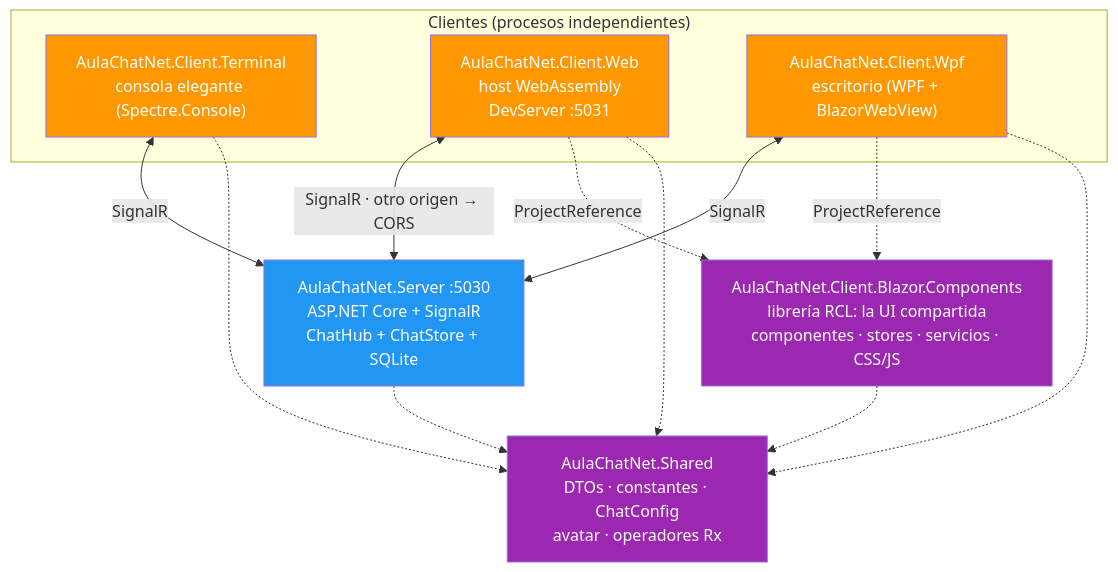
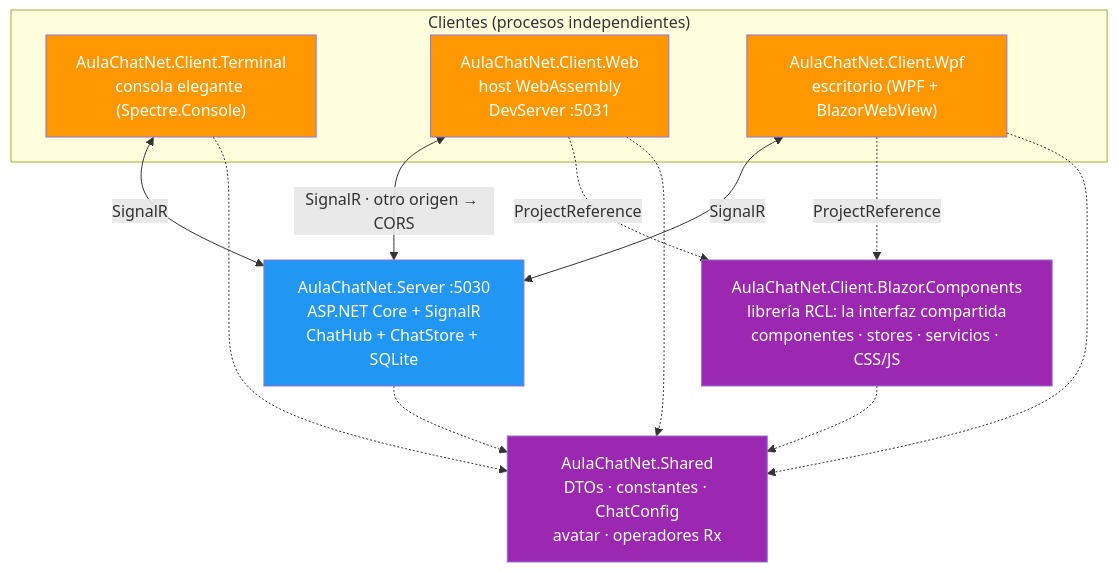
Before and after one commit to joseluisgs/AulaChatNet: the first of 10 diagrams in docs/01-arquitectura-del-servidor.md, drawn with Mermaid. The commit also changed other lines of this file and 11 other files, not shown here.

````diff
--- a/docs/01-arquitectura-del-servidor.md
+++ b/docs/01-arquitectura-del-servidor.md
@@ -69,32 +69,32 @@
 ```mermaid
 flowchart TD
     subgraph Clientes["Clientes (procesos independientes)"]
         T["AulaChatNet.Client.Terminal<br/>consola elegante (Spectre.Console)"]
         B["AulaChatNet.Client.Web<br/>host WebAssembly<br/>DevServer :5031"]
         W["AulaChatNet.Client.Wpf<br/>escritorio (WPF + BlazorWebView)"]
     end
 
-    C["AulaChatNet.Client.Blazor.Components<br/>librería RCL: la UI compartida<br/>componentes · stores · servicios · CSS/JS"]
+    C["AulaChatNet.Client.Blazor.Components<br/>librería RCL: la interfaz compartida<br/>componentes · stores · servicios · CSS/JS"]
 
     S["AulaChatNet.Server :5030<br/>ASP.NET Core + SignalR<br/>ChatHub + ChatStore + SQLite"]
 
     SH["AulaChatNet.Shared<br/>DTOs · constantes · ChatConfig<br/>avatar · operadores Rx"]
 
     T <-->|"SignalR"| S
     B <-->|"SignalR · otro origen → CORS"| S
     W <-->|"SignalR"| S
     B -.->|"ProjectReference"| C
     W -.->|"ProjectReference"| C
     T -.-> SH
     B -.-> SH
     W -.-> SH
     C -.-> SH
     S -.-> SH
 
     style T fill:#FF9800,color:#fff
     style B fill:#FF9800,color:#fff
     style W fill:#FF9800,color:#fff
     style C fill:#9C27B0,color:#fff
     style S fill:#2196F3,color:#fff
     style SH fill:#9C27B0,color:#fff
 ```
````
